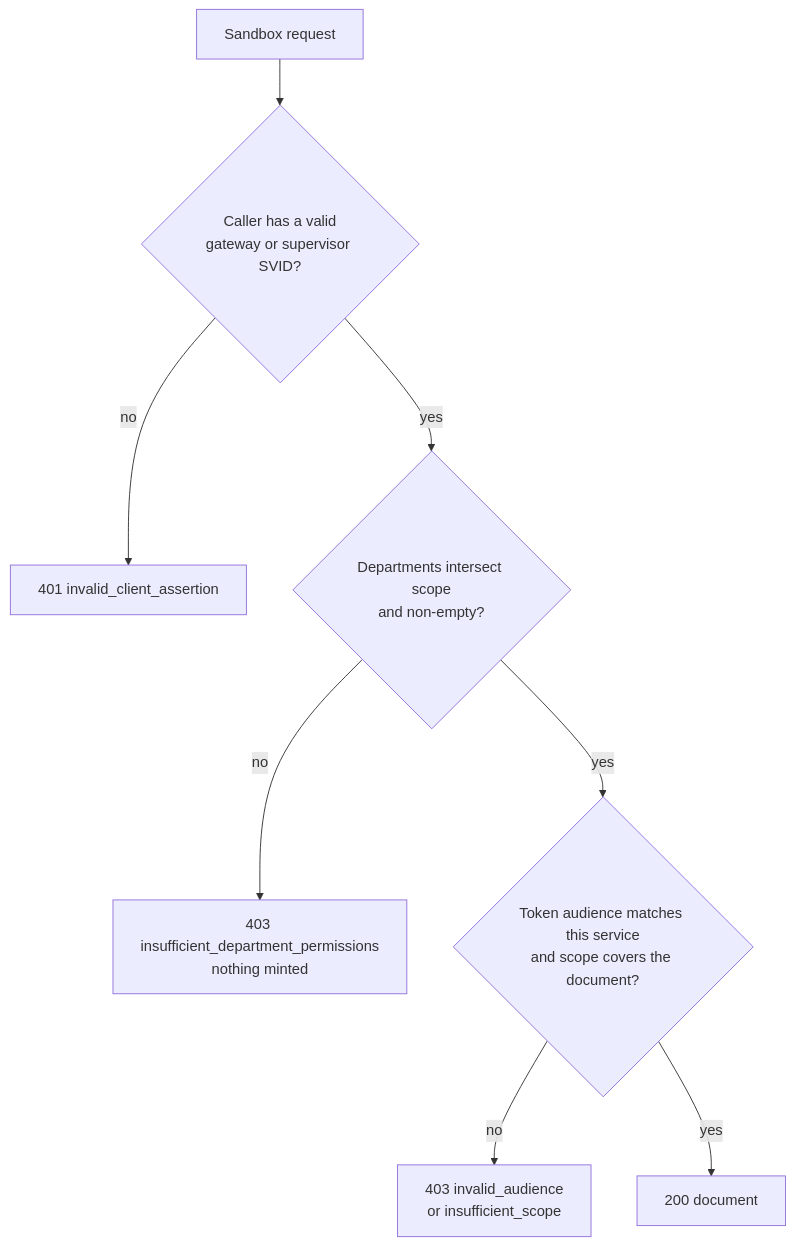
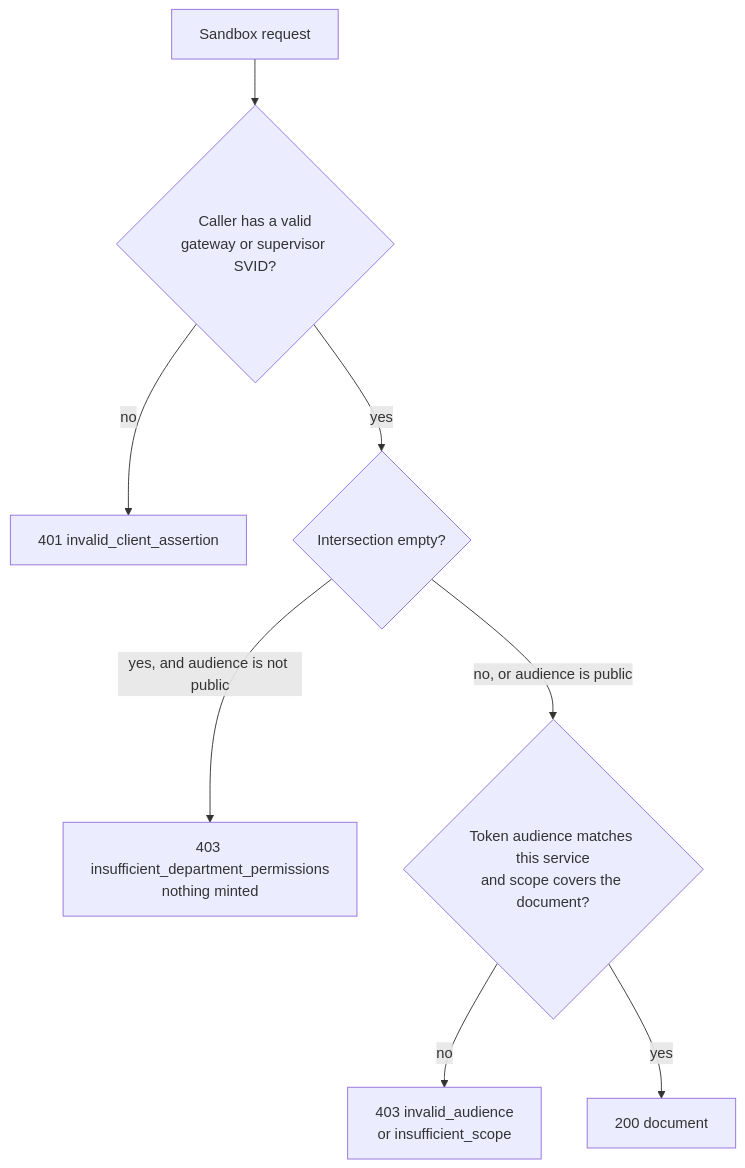
Before and after one commit to redhat-et/zero-trust-agents-v2: the fourth of 4 diagrams in docs/DEMO_WALKTHROUGH.md, drawn with Mermaid. The commit also changed other lines of this file and 1 other file, not shown here.

First line of the commit message:
docs: address review findings and decode scenario 1 token

````diff
--- a/docs/DEMO_WALKTHROUGH.md
+++ b/docs/DEMO_WALKTHROUGH.md
@@ -231,10 +238,10 @@
 ```mermaid
 flowchart TD
     R["Sandbox request"] --> C1{"Caller has a valid<br/>gateway or supervisor SVID?"}
     C1 -->|"no"| D1["401 invalid_client_assertion"]
-    C1 -->|"yes"| C2{"Departments intersect scope<br/>and non-empty?"}
-    C2 -->|"no"| D2["403 insufficient_department_permissions<br/>nothing minted"]
-    C2 -->|"yes"| C3{"Token audience matches this service<br/>and scope covers the document?"}
+    C1 -->|"yes"| C2{"Intersection empty?"}
+    C2 -->|"yes, and audience is not public"| D2["403 insufficient_department_permissions<br/>nothing minted"]
+    C2 -->|"no, or audience is public"| C3{"Token audience matches this service<br/>and scope covers the document?"}
     C3 -->|"no"| D3["403 invalid_audience<br/>or insufficient_scope"]
     C3 -->|"yes"| OK["200 document"]
 ```
````
